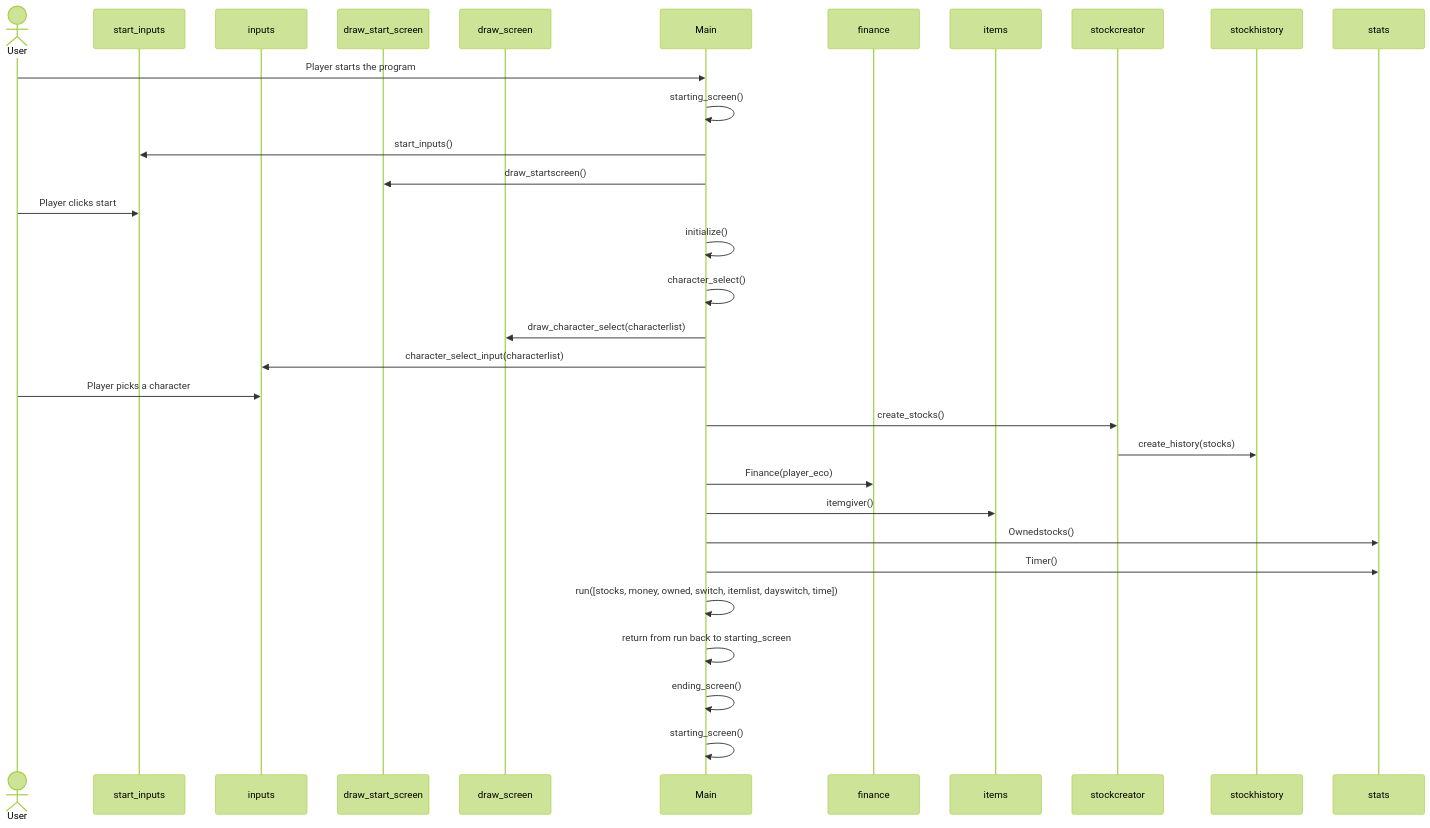
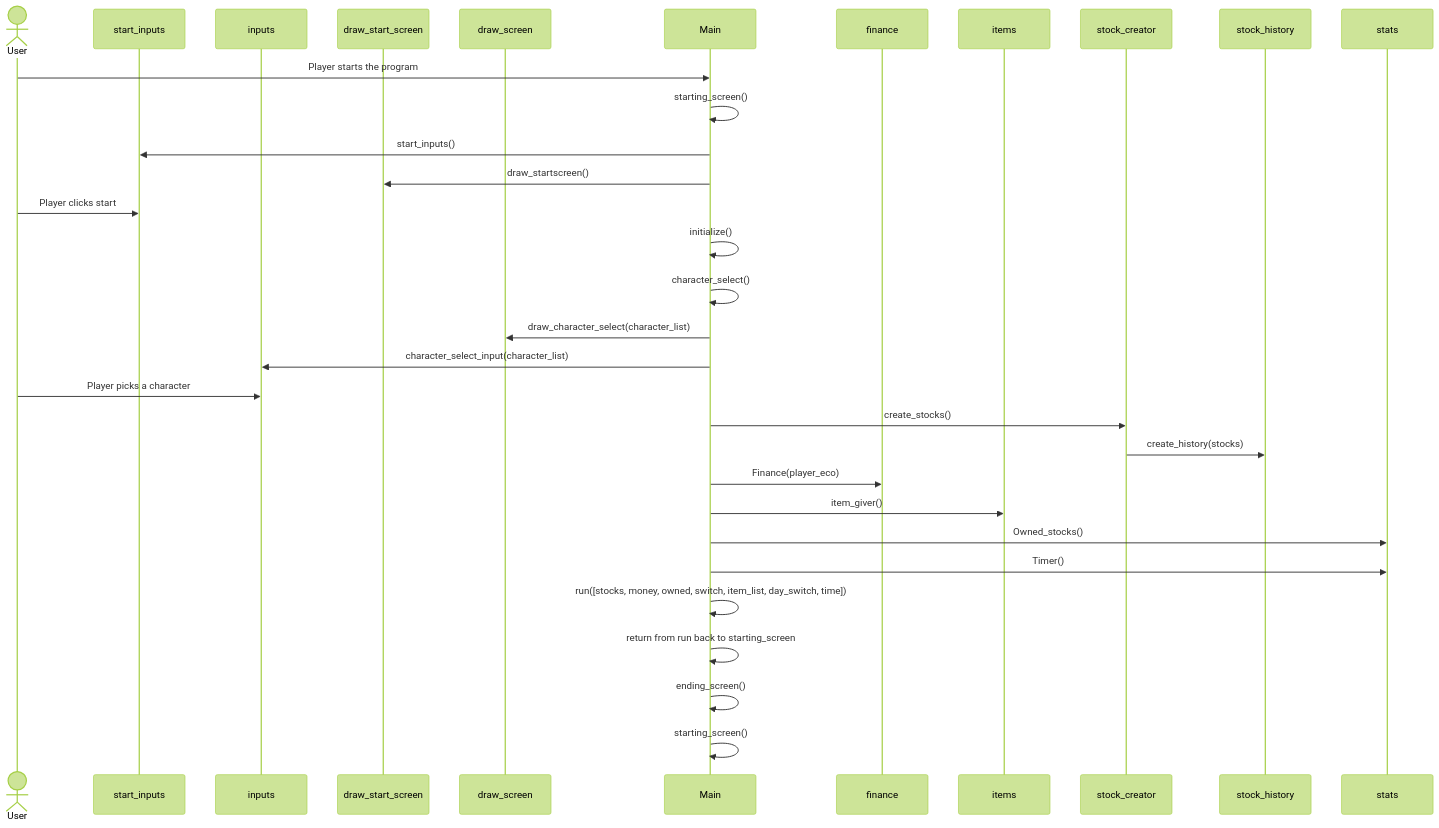
Before and after one commit to sepaww/ot-harjoitustyo: the third of 6 diagrams in dokumentaatio/arkkitehtuuri.md, drawn with Mermaid (forest theme). The commit also changed other lines of this file, not shown here.

````diff
--- a/dokumentaatio/arkkitehtuuri.md
+++ b/dokumentaatio/arkkitehtuuri.md
@@ -179,34 +183,34 @@
 ```mermaid
 sequenceDiagram
   actor User
   participant start_inputs
   participant inputs
   participant draw_start_screen
   participant draw_screen
   participant Main
   participant finance
   participant items
-  participant stockcreator
-  participant stockhistory
+  participant stock_creator
+  participant stock_history
   User->>Main: Player starts the program
   Main->>Main: starting_screen()
   Main->>start_inputs: start_inputs()
   Main->>draw_start_screen: draw_startscreen()
   User->>start_inputs: Player clicks start
   Main->>Main: initialize()
   Main->>Main: character_select()
-  Main->>draw_screen: draw_character_select(characterlist)
-  Main->>inputs: character_select_input(characterlist)
+  Main->>draw_screen: draw_character_select(character_list)
+  Main->>inputs: character_select_input(character_list)
   User->>inputs: Player picks a character
-  Main->>stockcreator: create_stocks()
-  stockcreator->>stockhistory: create_history(stocks)
+  Main->>stock_creator: create_stocks()
+  stock_creator->>stock_history: create_history(stocks)
   Main->>finance:Finance(player_eco)
-  Main->>items: itemgiver()
-  Main->>stats: Ownedstocks()
+  Main->>items: item_giver()
+  Main->>stats: Owned_stocks()
   Main->>stats: Timer()
-  Main->>Main: run([stocks, money, owned, switch, itemlist, dayswitch, time])
+  Main->>Main: run([stocks, money, owned, switch, item_list, day_switch, time])
   #Game starts running in mainloop and player ends up losing
   Main->>Main: return from run back to starting_screen
   Main->>Main: ending_screen()
   Main->>Main: starting_screen()
 ```
````
